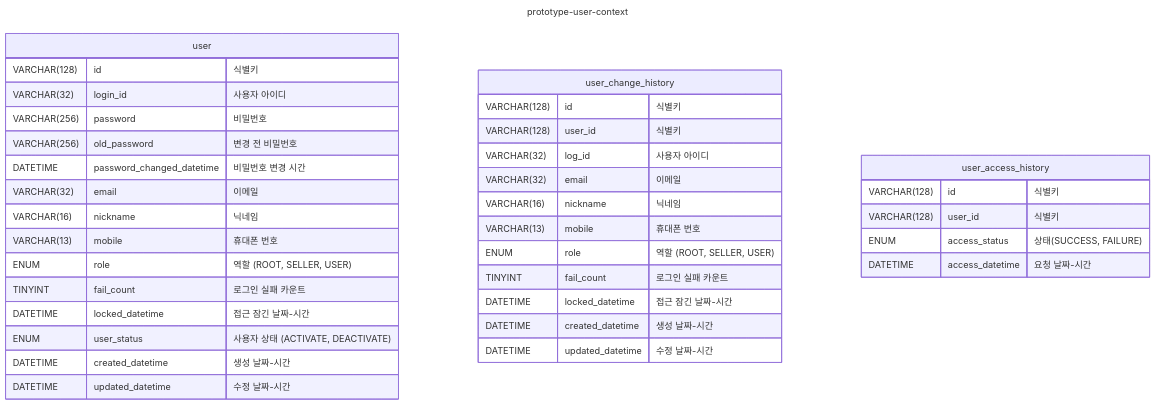
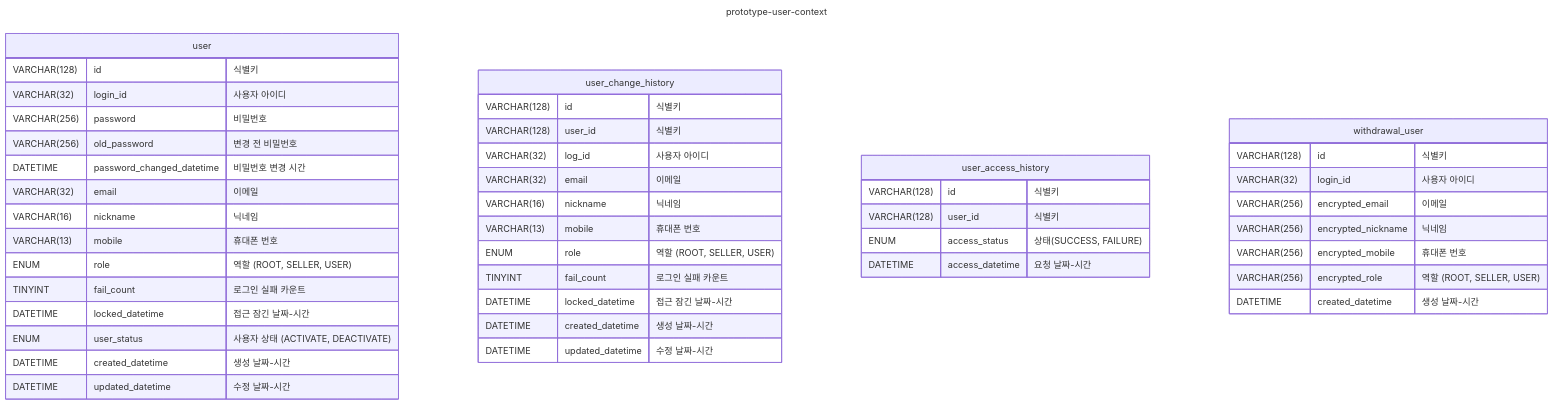
Before and after one commit to newkayak12/prototype-reservation-system: the diagram in docs/request/erd/ERD.md, drawn with Mermaid.

Commit message:
vault backup: 2025-05-19 20:52:11

````diff
--- a/docs/request/erd/ERD.md
+++ b/docs/request/erd/ERD.md
@@ -1,49 +1,64 @@
 ```mermaid
 ---
 title: prototype-user-context
-layout: elk
+theme: 'dark'
+config:
+  fontFamily: 'Pretendard'
+  securityLevel: loose
 ---
 erDiagram
     
     user[user] {
         VARCHAR(128) id "식별키"
         VARCHAR(32) login_id "사용자 아이디"
         
         VARCHAR(256) password "비밀번호"
         VARCHAR(256) old_password "변경 전 비밀번호"
         DATETIME password_changed_datetime "비밀번호 변경 시간"
         
         VARCHAR(32) email "이메일"
         VARCHAR(16) nickname "닉네임"
         VARCHAR(13) mobile "휴대폰 번호"
         ENUM role "역할 (ROOT, SELLER, USER)"
         
         TINYINT fail_count "로그인 실패 카운트"
         DATETIME locked_datetime "접근 잠긴 날짜-시간"
         ENUM user_status "사용자 상태 (ACTIVATE, DEACTIVATE)"
         
         DATETIME created_datetime "생성 날짜-시간"
         DATETIME updated_datetime "수정 날짜-시간"
     }
 
     user_change_history[user_change_history] {
         VARCHAR(128) id "식별키"
         VARCHAR(128) user_id "식별키"
         VARCHAR(32) log_id "사용자 아이디"
         VARCHAR(32) email "이메일"
         VARCHAR(16) nickname "닉네임"
         VARCHAR(13) mobile "휴대폰 번호"
         ENUM role "역할 (ROOT, SELLER, USER)"
         TINYINT fail_count "로그인 실패 카운트"
         DATETIME locked_datetime "접근 잠긴 날짜-시간"
         DATETIME created_datetime "생성 날짜-시간"
         DATETIME updated_datetime "수정 날짜-시간"
     }
     
     user_access_history[user_access_history] {
         VARCHAR(128) id "식별키"
         VARCHAR(128) user_id "식별키"
         ENUM access_status "상태(SUCCESS, FAILURE)"
         DATETIME access_datetime "요청 날짜-시간"
     }
+
+    withdrawal_user[withdrawal_user] {
+        VARCHAR(128) id "식별키"
+        VARCHAR(32) login_id "사용자 아이디"
+
+        VARCHAR(256) encrypted_email "이메일"
+        VARCHAR(256) encrypted_nickname "닉네임"
+        VARCHAR(256) encrypted_mobile "휴대폰 번호"
+        VARCHAR(256) encrypted_role "역할 (ROOT, SELLER, USER)"
+
+        DATETIME created_datetime "생성 날짜-시간"
+    }
 ```
````
